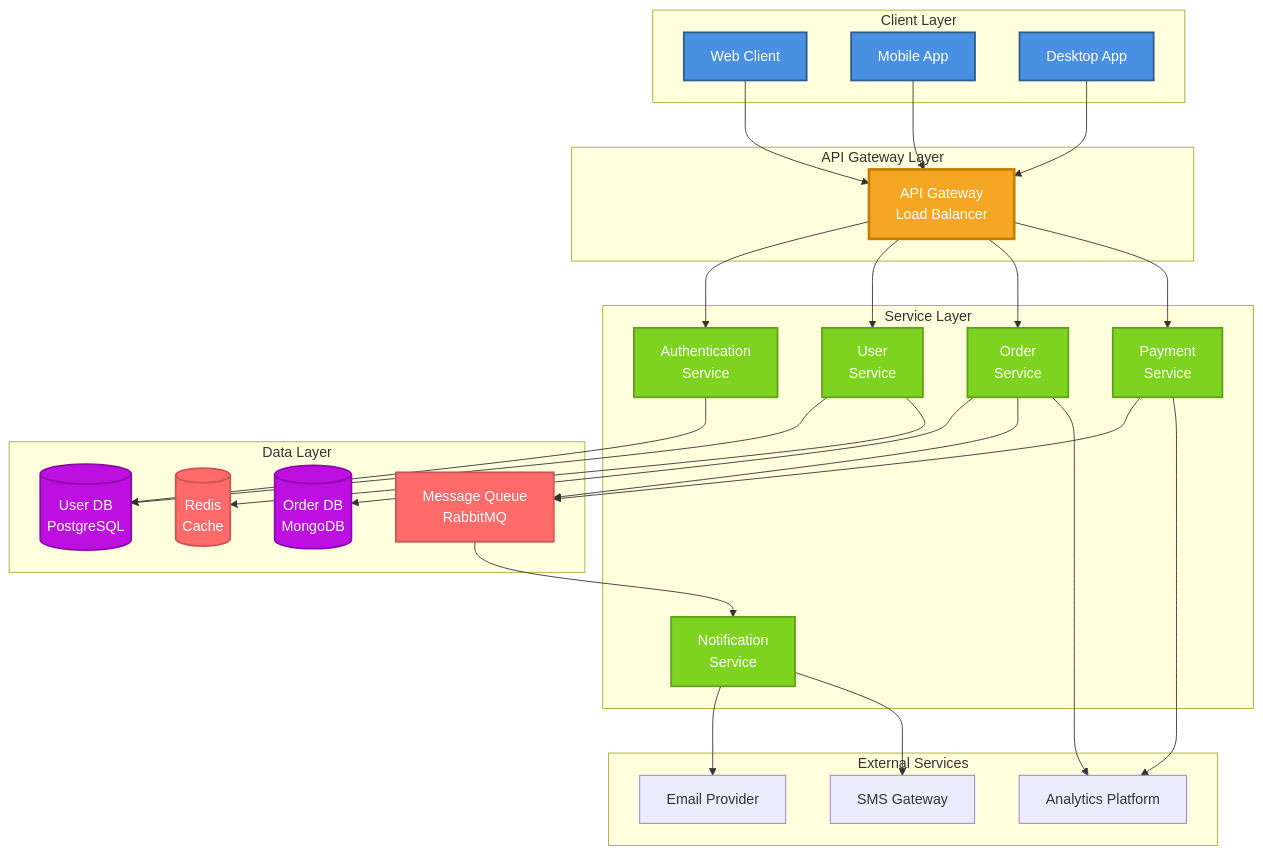
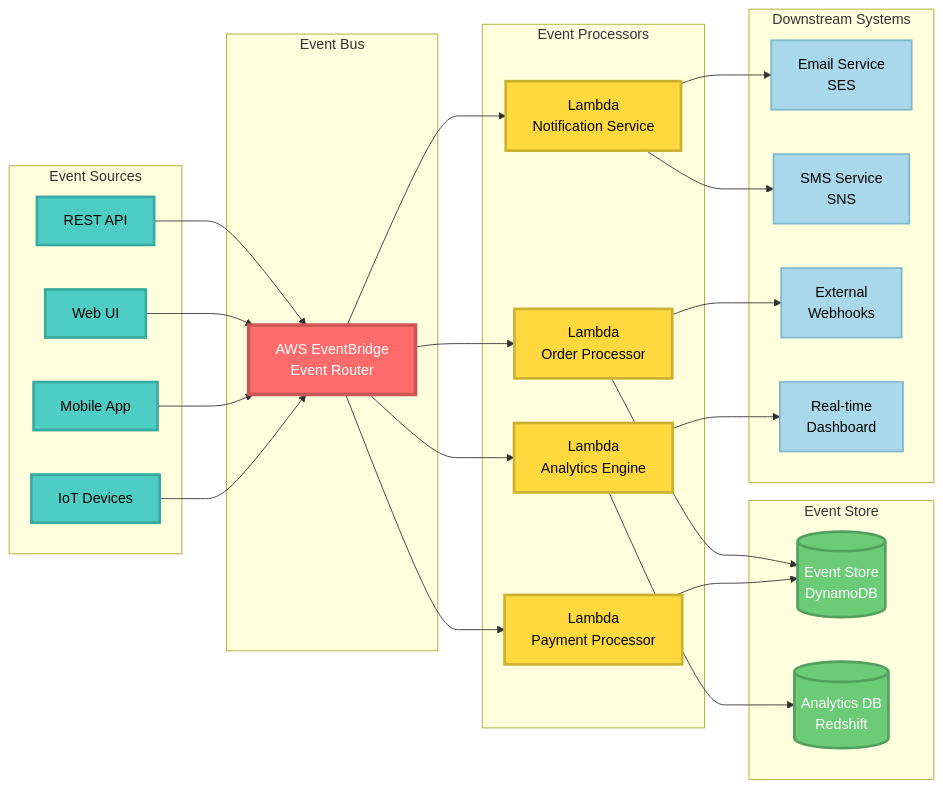
One commit to saugatapaul1010/RAG-Corrective changed the first of 17 diagrams in Sample_Drawings.md. Above: the diagram before and after it, drawn with Mermaid. The commit also changed other lines of this file, not shown here.

````diff
--- a/Sample_Drawings.md
+++ b/Sample_Drawings.md
@@ -10,71 +10,70 @@
 ```mermaid
-graph TB
-    subgraph "Client Layer"
-        Web[Web Client]
-        Mobile[Mobile App]
-        Desktop[Desktop App]
+graph LR
+    subgraph Sources["Event Sources"]
+        API["REST API"]
+        UI["Web UI"]
+        Mobile["Mobile App"]
+        IoT["IoT Devices"]
     end
     
-    subgraph "API Gateway Layer"
-        Gateway[API Gateway<br/>Load Balancer]
+    subgraph EventBus["Event Bus"]
+        Router["AWS EventBridge<br/>Event Router"]
     end
     
-    subgraph "Service Layer"
-        Auth[Authentication<br/>Service]
-        User[User<br/>Service]
-        Order[Order<br/>Service]
-        Payment[Payment<br/>Service]
-        Notification[Notification<br/>Service]
+    subgraph Processors["Event Processors"]
+        L1["Lambda<br/>Order Processor"]
+        L2["Lambda<br/>Payment Processor"]
+        L3["Lambda<br/>Notification Service"]
+        L4["Lambda<br/>Analytics Engine"]
     end
     
-    subgraph "Data Layer"
-        UserDB[(User DB<br/>PostgreSQL)]
-        OrderDB[(Order DB<br/>MongoDB)]
-        Cache[(Redis<br/>Cache)]
-        Queue[Message Queue<br/>RabbitMQ]
+    subgraph Storage["Event Store"]
+        DB1[("Event Store<br/>DynamoDB")]
+        DB2[("Analytics DB<br/>Redshift")]
     end
     
-    subgraph "External Services"
-        Email[Email Provider]
-        SMS[SMS Gateway]
-        Analytics[Analytics Platform]
+    subgraph External["Downstream Systems"]
+        Email["Email Service<br/>SES"]
+        SMS["SMS Service<br/>SNS"]
+        Webhook["External<br/>Webhooks"]
+        Dashboard["Real-time<br/>Dashboard"]
     end
     
-    Web --> Gateway
-    Mobile --> Gateway
-    Desktop --> Gateway
+    API --> Router
+    UI --> Router
+    Mobile --> Router
+    IoT --> Router
     
-    Gateway --> Auth
-    Gateway --> User
-    Gateway --> Order
-    Gateway --> Payment
+    Router --> L1
+    Router --> L2
+    Router --> L3
+    Router --> L4
     
-    Auth --> UserDB
-    User --> UserDB
-    User --> Cache
+    L1 --> DB1
+    L2 --> DB1
+    L3 --> Email
+    L3 --> SMS
+    L4 --> DB2
+    L4 --> Dashboard
+    L1 --> Webhook
     
-    Order --> OrderDB
-    Order --> Queue
-    Payment --> Queue
+    style API fill:#4ECDC4,stroke:#3AA99F,stroke-width:3px,color:#000
+    style UI fill:#4ECDC4,stroke:#3AA99F,stroke-width:3px,color:#000
+    style Mobile fill:#4ECDC4,stroke:#3AA99F,stroke-width:3px,color:#000
+    style IoT fill:#4ECDC4,stroke:#3AA99F,stroke-width:3px,color:#000
     
-    Queue --> Notification
-    Notification --> Email
-    Notification --> SMS
+    style Router fill:#FF6B6B,stroke:#CC5555,stroke-width:4px,color:#fff
     
-    Order --> Analytics
-    Payment --> Analytics
+    style L1 fill:#FFD93D,stroke:#CCB030,stroke-width:3px,color:#000
+    style L2 fill:#FFD93D,stroke:#CCB030,stroke-width:3px,color:#000
+    style L3 fill:#FFD93D,stroke:#CCB030,stroke-width:3px,color:#000
+    style L4 fill:#FFD93D,stroke:#CCB030,stroke-width:3px,color:#000
     
-    style Web fill:#4A90E2,stroke:#2E5C8A,stroke-width:2px,color:#fff
-    style Mobile fill:#4A90E2,stroke:#2E5C8A,stroke-width:2px,color:#fff
-    style Desktop fill:#4A90E2,stroke:#2E5C8A,stroke-width:2px,color:#fff
-    style Gateway fill:#F5A623,stroke:#C67D00,stroke-width:3px,color:#fff
-    style Auth fill:#7ED321,stroke:#5FA019,stroke-width:2px,color:#fff
-    style User fill:#7ED321,stroke:#5FA019,stroke-width:2px,color:#fff
-    style Order fill:#7ED321,stroke:#5FA019,stroke-width:2px,color:#fff
-    style Payment fill:#7ED321,stroke:#5FA019,stroke-width:2px,color:#fff
-    style Notification fill:#7ED321,stroke:#5FA019,stroke-width:2px,color:#fff
-    style UserDB fill:#BD10E0,stroke:#8B0AA8,stroke-width:2px,color:#fff
-    style OrderDB fill:#BD10E0,stroke:#8B0AA8,stroke-width:2px,color:#fff
-    style Cache fill:#FF6B6B,stroke:#CC5555,stroke-width:2px,color:#fff
-    style Queue fill:#FF6B6B,stroke:#CC5555,stroke-width:2px,color:#fff
+    style DB1 fill:#6BCB77,stroke:#52A05E,stroke-width:3px,color:#fff
+    style DB2 fill:#6BCB77,stroke:#52A05E,stroke-width:3px,color:#fff
+    
+    style Email fill:#A8D8EA,stroke:#7FB8CC,stroke-width:2px,color:#000
+    style SMS fill:#A8D8EA,stroke:#7FB8CC,stroke-width:2px,color:#000
+    style Webhook fill:#A8D8EA,stroke:#7FB8CC,stroke-width:2px,color:#000
+    style Dashboard fill:#A8D8EA,stroke:#7FB8CC,stroke-width:2px,color:#000
 ```
````
